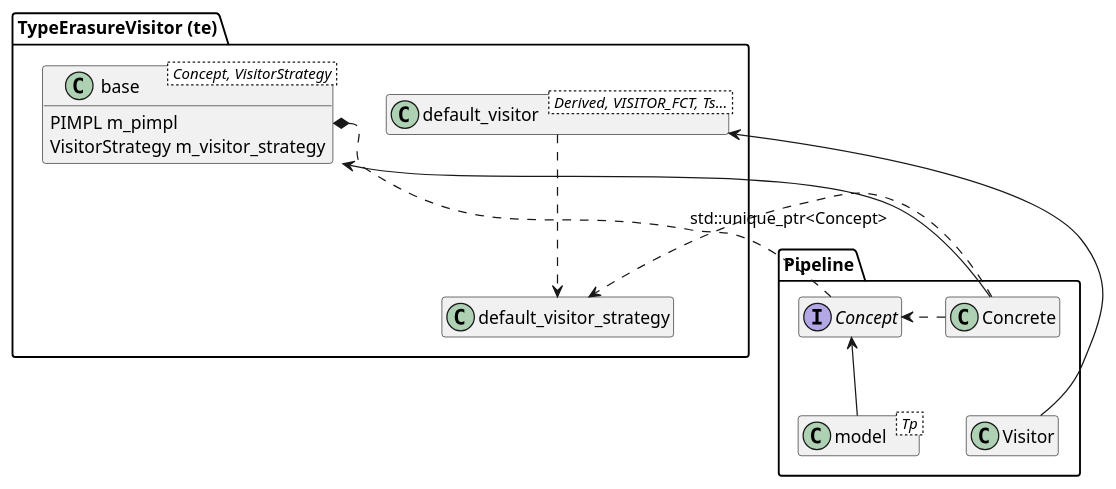
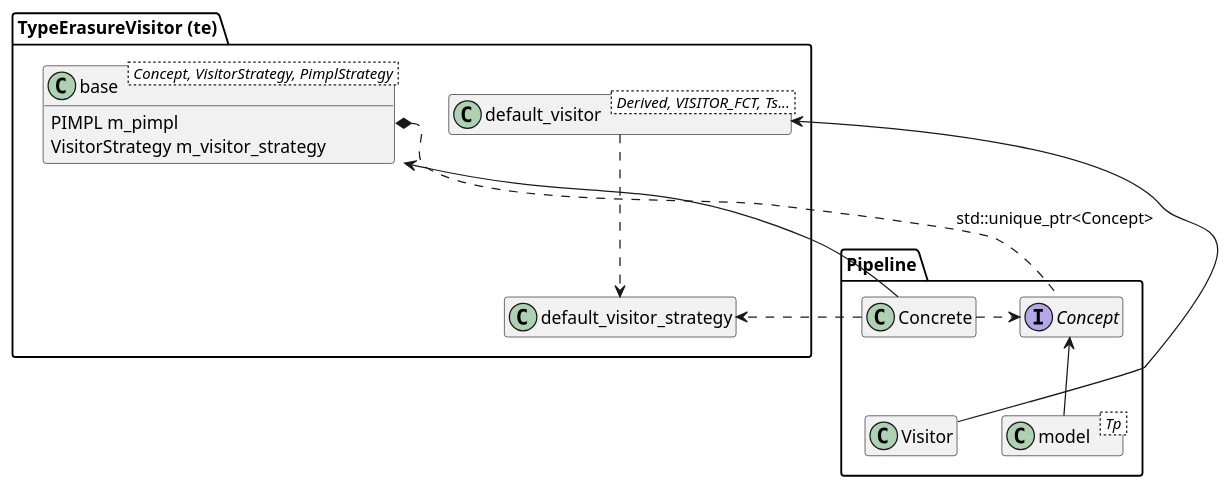
One commit to olivia76/cpp-te changed the diagram in puml/te.puml. Above: the diagram before and after it, drawn with PlantUML. The commit also changed 12 other files, not shown here.

Commit message:
added pimpl_strategy

```diff
--- a/puml/te.puml
+++ b/puml/te.puml
@@ -1,47 +1,47 @@
 @startuml
 
 hide empty attributes
 hide empty members
 
 package "TypeErasureVisitor (te)" {
-  class base < Concept, VisitorStrategy > {
+  class base < Concept, VisitorStrategy, PimplStrategy > {
     PIMPL m_pimpl
     VisitorStrategy m_visitor_strategy
   }
 
   class default_visitor_strategy {
 
   }
 
   class default_visitor < Derived, VISITOR_FCT, Ts... > {
 
   }
 
 }
 
 base -[hidden]-> default_visitor_strategy
 default_visitor_strategy <.u. default_visitor
 
 package "Pipeline" {
   interface Concept {
   }
 
   class model < Tp > {
   }
 
   class Concrete  {
   }
 
   class Visitor {
   }
 }
 
 base <- Concrete
 Concrete .> default_visitor_strategy
 Concrete .> Concept
 base::PIMPL *.d. Concept : std::unique_ptr<Concept>
 Concept <-- model
 default_visitor <- Visitor
 Concrete -[hidden]-> Visitor
 
 @enduml
```
